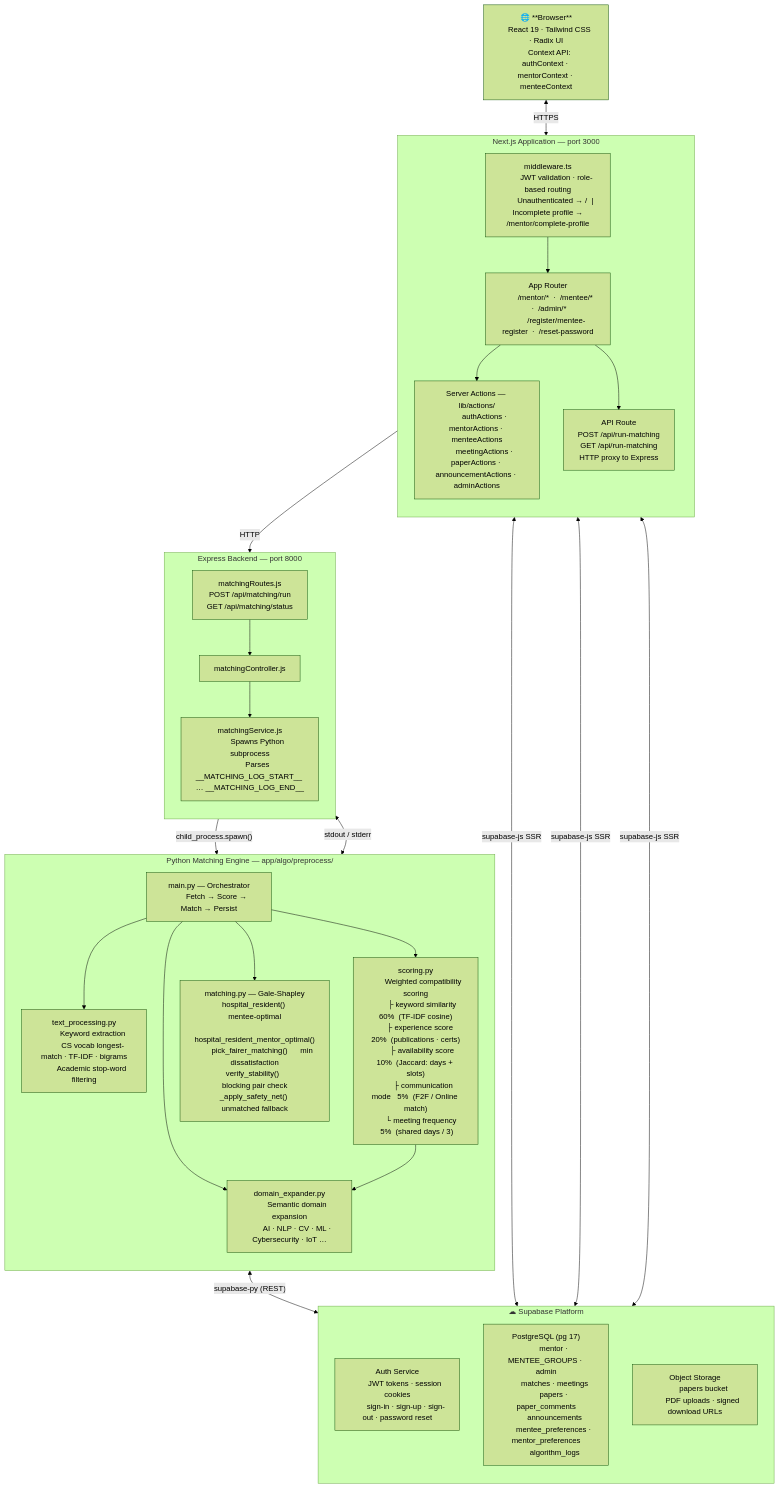
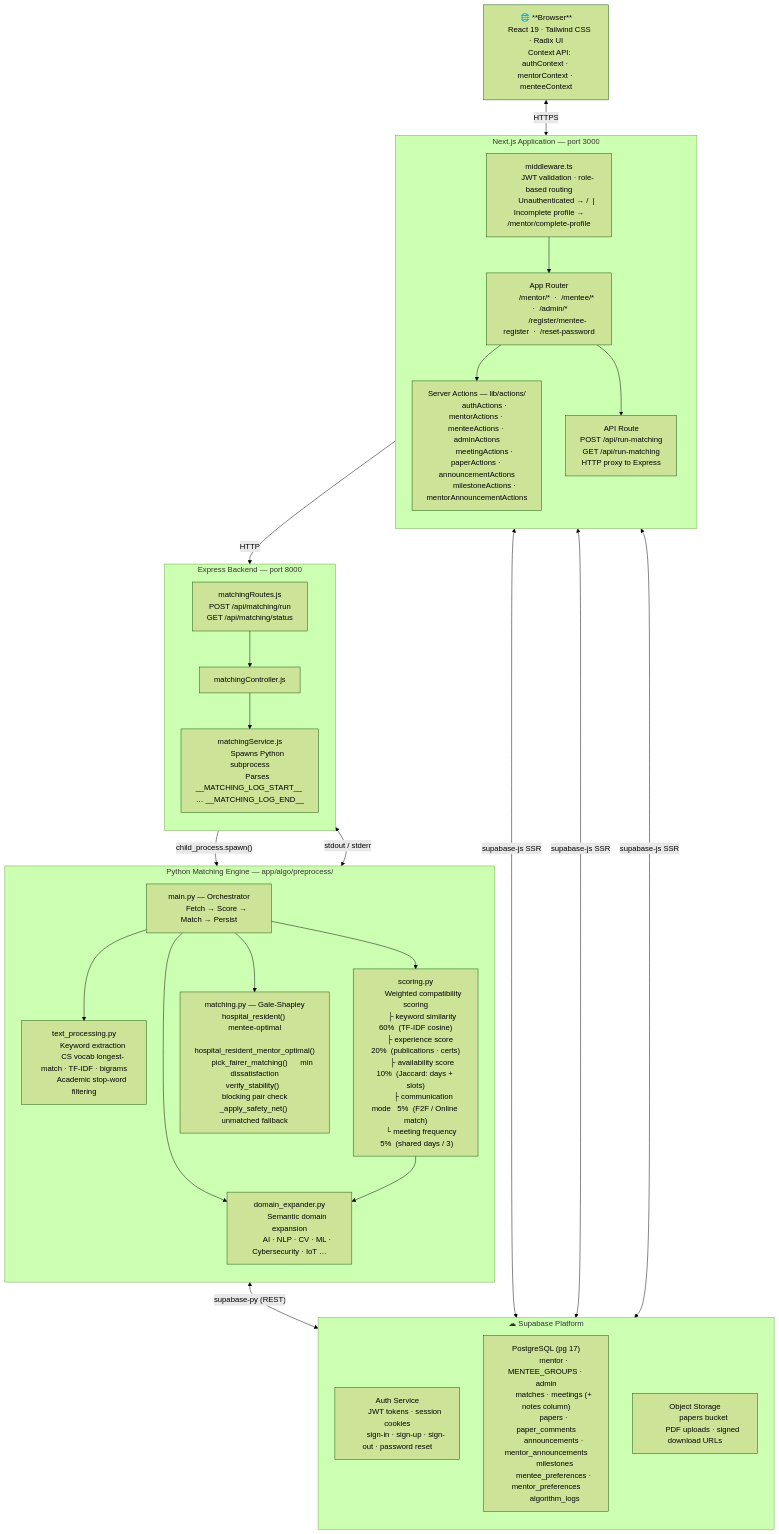
One commit to ieqisg/fortis-nexus changed the seventh of 7 diagrams in docs/system-diagrams.md. Above: the diagram before and after it, drawn with Mermaid (forest theme). The commit also changed other lines of this file and 1 other file, not shown here.

```diff
--- a/docs/system-diagrams.md
+++ b/docs/system-diagrams.md
@@ -377,8 +462,9 @@
         /register/mentee-register  ·  /reset-password"]
 
         ServerActions["Server Actions — lib/actions/
-        authActions · mentorActions · menteeActions
-        meetingActions · paperActions · announcementActions · adminActions"]
+        authActions · mentorActions · menteeActions · adminActions
+        meetingActions · paperActions · announcementActions
+        milestoneActions · mentorAnnouncementActions"]
 
         APIRoute["API Route
         POST /api/run-matching
@@ -394,9 +480,10 @@
 
         SupaDB["PostgreSQL (pg 17)
         mentor · MENTEE_GROUPS · admin
-        matches · meetings
+        matches · meetings (+ notes column)
         papers · paper_comments
-        announcements
+        announcements · mentor_announcements
+        milestones
         mentee_preferences · mentor_preferences
         algorithm_logs"]
 
```
